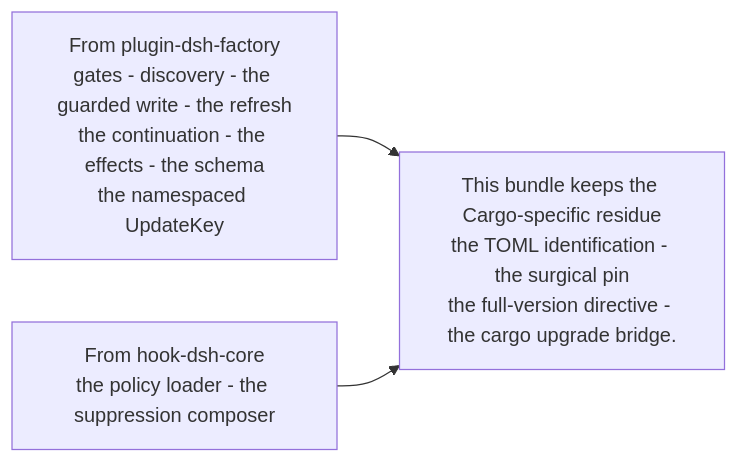
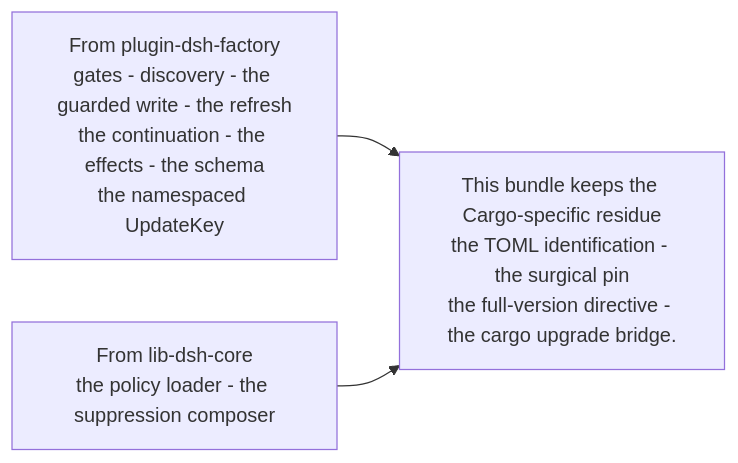
One commit to PlayForm/Site-DeepSeek changed the diagram in Source/Content/Mermaid/govcargo-factory-flavor.mmd. Above: the diagram before and after it, drawn with Mermaid. The commit also changed 161 other files, not shown here.

```diff
--- a/Source/Content/Mermaid/govcargo-factory-flavor.mmd
+++ b/Source/Content/Mermaid/govcargo-factory-flavor.mmd
@@ -1,6 +1,6 @@
 flowchart LR
 	FACTORY["From plugin-dsh-factory<br/>gates - discovery - the guarded write - the refresh<br/>the continuation - the effects - the schema<br/>the namespaced UpdateKey"]
-	CORE["From hook-dsh-core<br/>the policy loader - the suppression composer"]
+	CORE["From lib-dsh-core<br/>the policy loader - the suppression composer"]
 	OWN["This bundle keeps the Cargo-specific residue<br/>the TOML identification - the surgical pin<br/>the full-version directive - the cargo upgrade bridge."]
 	FACTORY --> OWN
 	CORE --> OWN
```
